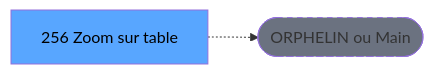
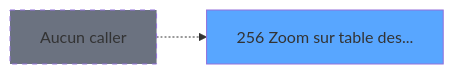
One commit to thonyAGP/magic-migration changed the second of 3 diagrams in .openspec/specs/ADH-IDE-256.md. Above: the diagram before and after it, drawn with Mermaid. The commit also changed other lines of this file and 493 other files, not shown here.

````diff
--- a/.openspec/specs/ADH-IDE-256.md
+++ b/.openspec/specs/ADH-IDE-256.md
@@ -121,8 +211,8 @@
 ```mermaid
 graph LR
-    T[256 Zoom sur table ]
-    ORPHAN([ORPHELIN ou Main])
-    T -.-> ORPHAN
-    style T fill:#58a6ff,color:#000
-    style ORPHAN fill:#6b7280,stroke-dasharray: 5 5
+    T256[256 Zoom sur table des...]
+    style T256 fill:#58a6ff
+    NONE[Aucun caller]
+    NONE -.-> T256
+    style NONE fill:#6b7280,stroke-dasharray: 5 5
 ```
````
